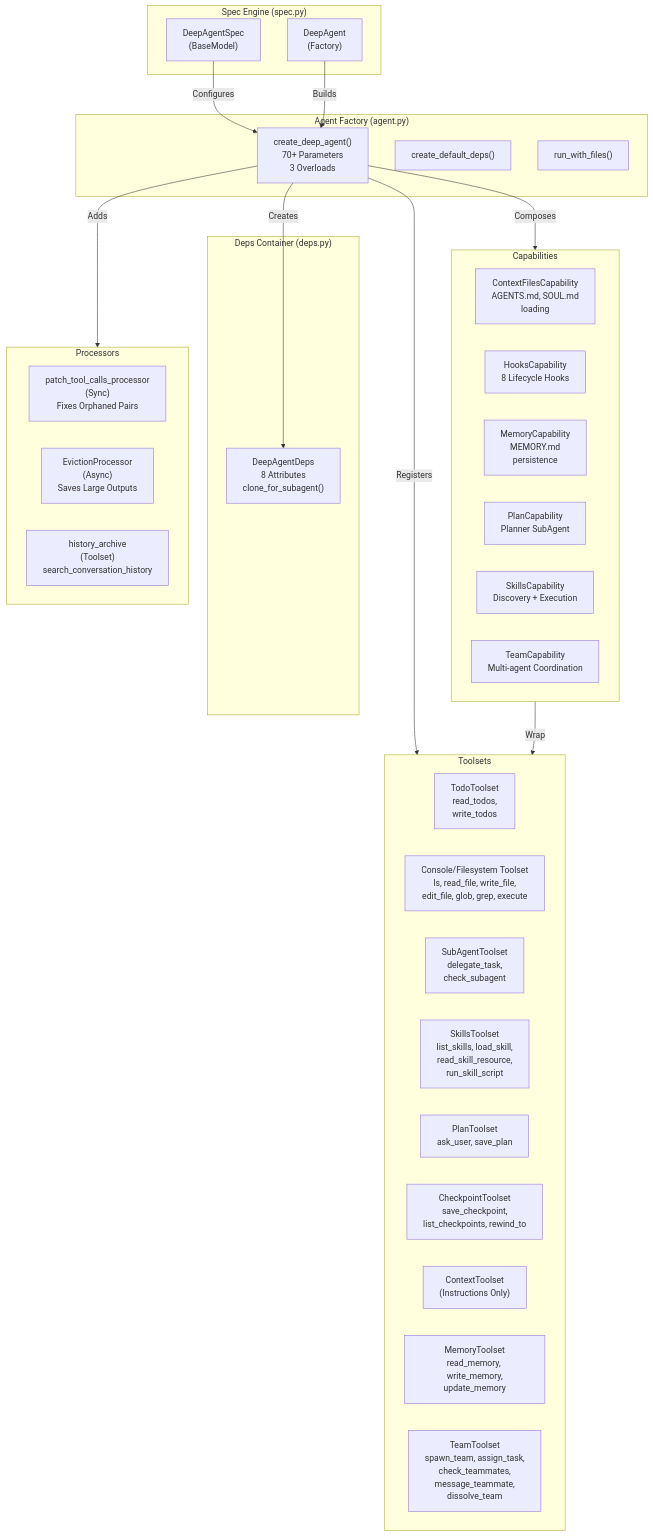
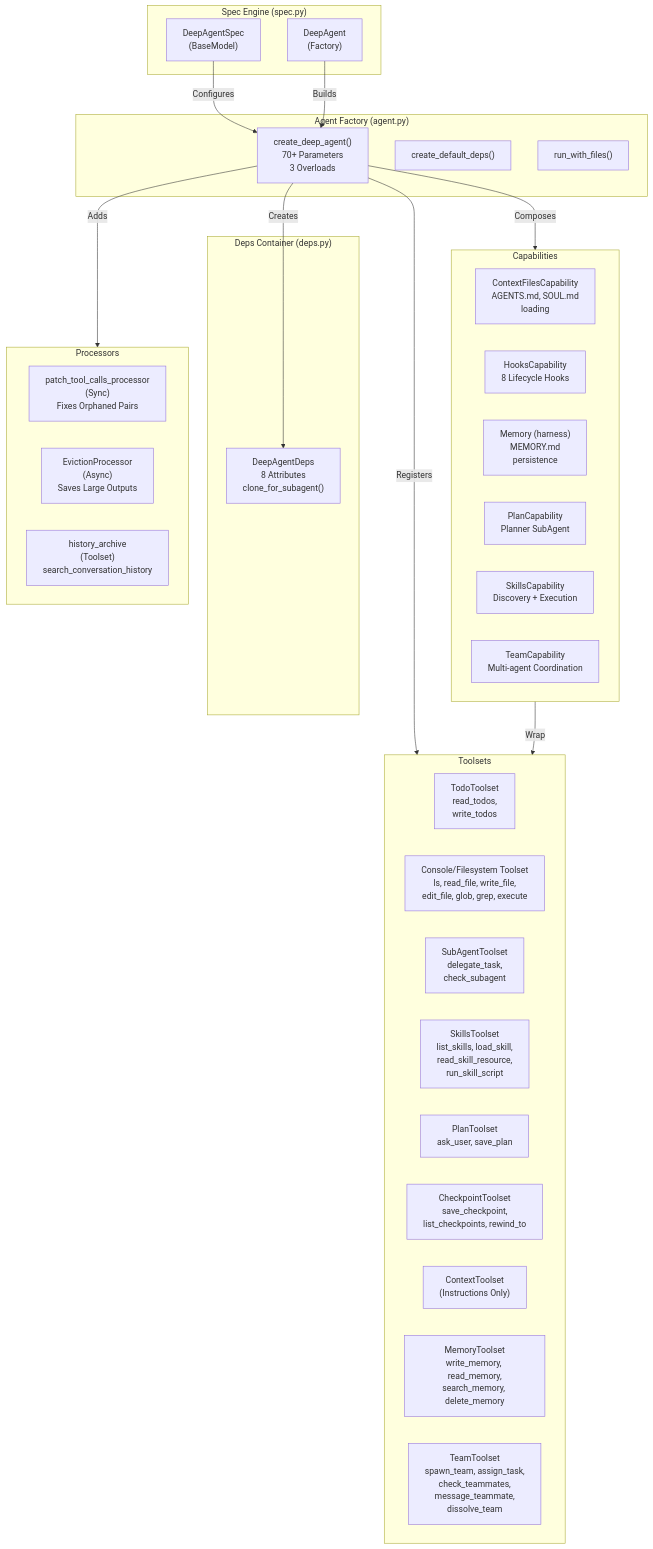
One commit to Seven-94/pydantic-deepagents changed the third of 13 diagrams in docs/c4/2-architecture-overview.md. Above: the diagram before and after it, drawn with Mermaid. The commit also changed other lines of this file and 24 other files, not shown here.

First line of the commit message:
feat!: back memory with the pydantic-ai-harness Memory capability (#236)

````diff
--- a/docs/c4/2-architecture-overview.md
+++ b/docs/c4/2-architecture-overview.md
@@ -206,54 +206,54 @@
 ```mermaid
 flowchart TD
     subgraph AgentFactory["Agent Factory (agent.py)"]
         AF["create_deep_agent()<br/>70+ Parameters<br/>3 Overloads"]
         CD["create_default_deps()"]
         RF["run_with_files()"]
     end
 
     subgraph DepsContainer["Deps Container (deps.py)"]
         DEPS["DeepAgentDeps<br/>8 Attributes<br/>clone_for_subagent()"]
     end
 
     subgraph SpecEngine["Spec Engine (spec.py)"]
         SPEC["DeepAgentSpec<br/>(BaseModel)"]
         DAG["DeepAgent<br/>(Factory)"]
     end
 
     subgraph ToolsetCollections["Toolsets"]
         TT["TodoToolset<br/>read_todos,<br/>write_todos"]
         CFT["Console/Filesystem Toolset<br/>ls, read_file, write_file,<br/>edit_file, glob, grep, execute"]
         SAT["SubAgentToolset<br/>delegate_task,<br/>check_subagent"]
         SKT["SkillsToolset<br/>list_skills, load_skill,<br/>read_skill_resource,<br/>run_skill_script"]
         PT["PlanToolset<br/>ask_user, save_plan"]
         CHT["CheckpointToolset<br/>save_checkpoint,<br/>list_checkpoints, rewind_to"]
         CT["ContextToolset<br/>(Instructions Only)"]
-        MT["MemoryToolset<br/>read_memory, write_memory,<br/>update_memory"]
+        MT["MemoryToolset<br/>write_memory, read_memory,<br/>search_memory, delete_memory"]
         TMT["TeamToolset<br/>spawn_team, assign_task,<br/>check_teammates,<br/>message_teammate,<br/>dissolve_team"]
     end
 
     subgraph CapabilityAdapters["Capabilities"]
         CFC["ContextFilesCapability<br/>AGENTS.md, SOUL.md<br/>loading"]
         HC["HooksCapability<br/>8 Lifecycle Hooks"]
-        MC["MemoryCapability<br/>MEMORY.md<br/>persistence"]
+        MC["Memory (harness)<br/>MEMORY.md<br/>persistence"]
         PC["PlanCapability<br/>Planner SubAgent"]
         SC["SkillsCapability<br/>Discovery + Execution"]
         TC["TeamCapability<br/>Multi-agent Coordination"]
     end
 
     subgraph ProcessorPipeline["Processors"]
         PTC["patch_tool_calls_processor<br/>(Sync)<br/>Fixes Orphaned Pairs"]
         EP["EvictionProcessor<br/>(Async)<br/>Saves Large Outputs"]
         HA["history_archive<br/>(Toolset)<br/>search_conversation_history"]
     end
 
     AF -->|"Creates"| DEPS
     AF -->|"Registers"| ToolsetCollections
     AF -->|"Composes"| CapabilityAdapters
     AF -->|"Adds"| ProcessorPipeline
 
     SPEC -->|"Configures"| AF
     DAG -->|"Builds"| AF
 
     CapabilityAdapters -->|"Wrap"| ToolsetCollections
 ```
````
